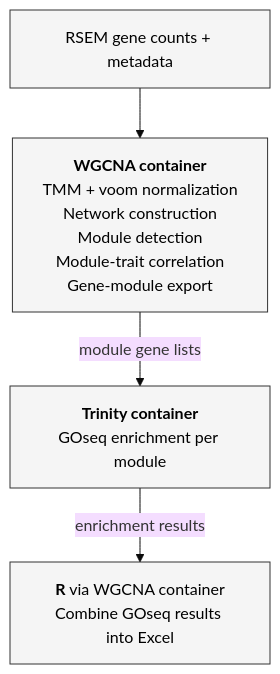
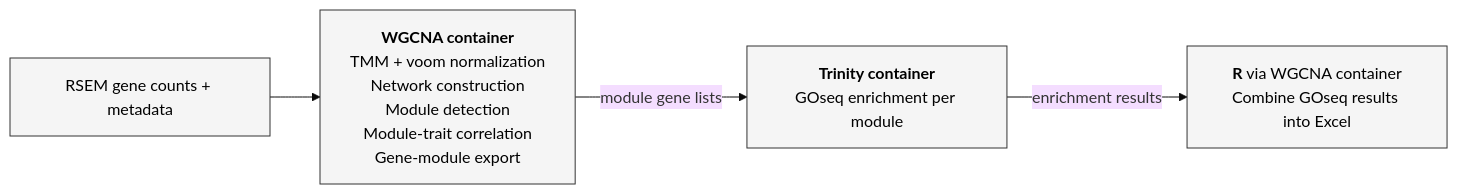
Before and after one commit to n-bsub/Bio-Containers: the diagram in WGCNA/README.md, drawn with Mermaid.

Commit message:
Change flowchart layout to left-to-right
Updated the flowchart to use a left-to-right layout.

````diff
--- a/WGCNA/README.md
+++ b/WGCNA/README.md
@@ -16,13 +16,13 @@
 ```mermaid
 %%{init: {'theme': 'base', 'themeVariables': {'fontFamily': 'Arial'}}}%%
-flowchart TD
+flowchart LR
     A["RSEM gene counts + metadata"] --> B
     B["<b>WGCNA container</b><br/>TMM + voom normalization<br/>Network construction<br/>Module detection<br/>Module-trait correlation<br/>Gene-module export"] -->|module gene lists| C
     C["<b>Trinity container</b><br/>GOseq enrichment per module"] -->|enrichment results| D
     D["<b>R</b> via WGCNA container<br/>Combine GOseq results into Excel"]
 
     style A fill:#f5f5f5,stroke:#333,color:#000
     style B fill:#f5f5f5,stroke:#333,color:#000
     style C fill:#f5f5f5,stroke:#333,color:#000
     style D fill:#f5f5f5,stroke:#333,color:#000
 ```
````
